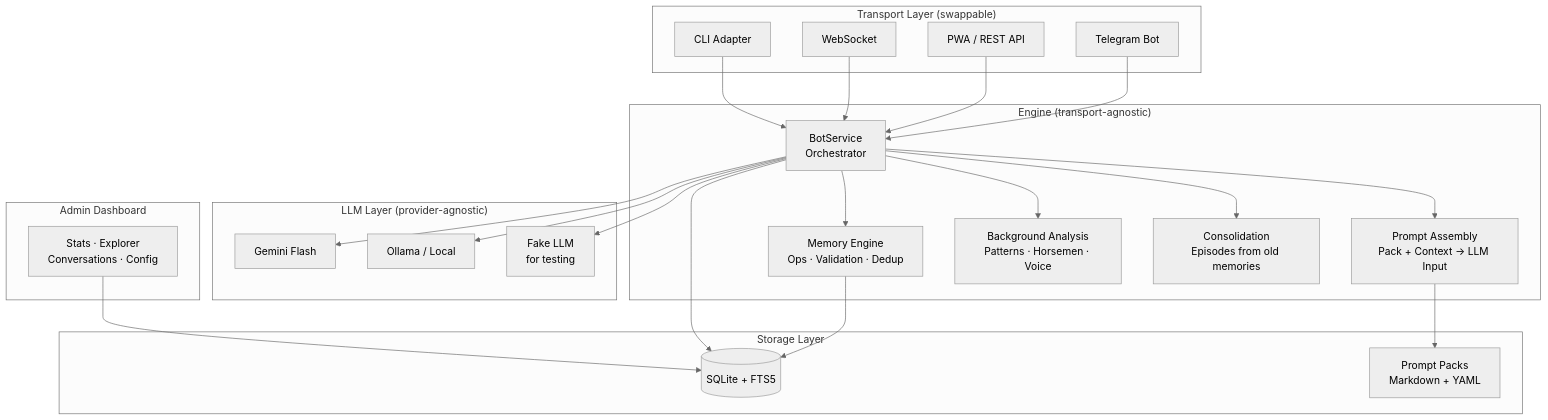
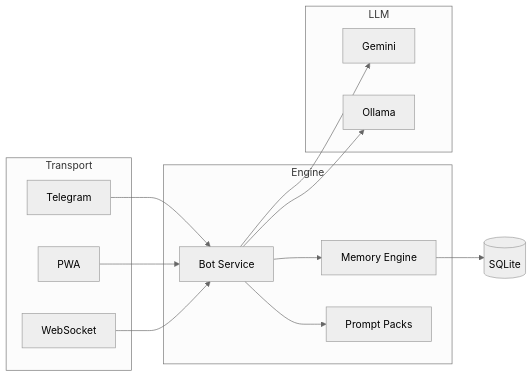
The second of 2 diagrams in README.md (ksrikanthcnc/pAIrtner), drawn with Mermaid (neutral theme) before and after one commit. The commit also changed other lines of this file and 2 other files, not shown here.

````diff
--- a/README.md
+++ b/README.md
@@ -67,48 +56,23 @@
 ```mermaid
-graph TB
-    subgraph Transport["Transport Layer (swappable)"]
-        TG[Telegram Bot]
-        PWA[PWA / REST API]
+graph LR
+    subgraph Transport
+        TG[Telegram]
+        PWA[PWA]
         WS[WebSocket]
-        CLI[CLI Adapter]
     end
+    subgraph Engine
+        SVC[Bot Service]
+        MEM[Memory Engine]
+        PROMPT[Prompt Packs]
+    end
+    subgraph LLM
+        GEM[Gemini]
+        OLL[Ollama]
+    end
+    DB[(SQLite)]
 
-    subgraph Core["Engine (transport-agnostic)"]
-        SVC[BotService<br/>Orchestrator]
-        MEM[Memory Engine<br/>Ops · Validation · Dedup]
-        PROMPT[Prompt Assembly<br/>Pack + Context → LLM Input]
-        ANALYSIS[Background Analysis<br/>Patterns · Horsemen · Voice]
-        CONSOL[Consolidation<br/>Episodes from old memories]
-    end
-
-    subgraph LLM["LLM Layer (provider-agnostic)"]
-        GEMINI[Gemini Flash]
-        OLLAMA[Ollama / Local]
-        FAKE[Fake LLM<br/>for testing]
-    end
-
-    subgraph Storage["Storage Layer"]
-        DB[(SQLite + FTS5)]
-        PACKS[Prompt Packs<br/>Markdown + YAML]
-    end
-
-    subgraph Admin["Admin Dashboard"]
-        DASH[Stats · Explorer<br/>Conversations · Config]
-    end
-
-    TG --> SVC
-    PWA --> SVC
-    WS --> SVC
-    CLI --> SVC
-    SVC --> MEM
+    TG & PWA & WS --> SVC
+    SVC --> MEM --> DB
     SVC --> PROMPT
-    SVC --> ANALYSIS
-    SVC --> CONSOL
-    PROMPT --> PACKS
-    SVC --> GEMINI
-    SVC --> OLLAMA
-    SVC --> FAKE
-    MEM --> DB
-    SVC --> DB
-    DASH --> DB
+    SVC --> GEM & OLL
 ```
````
